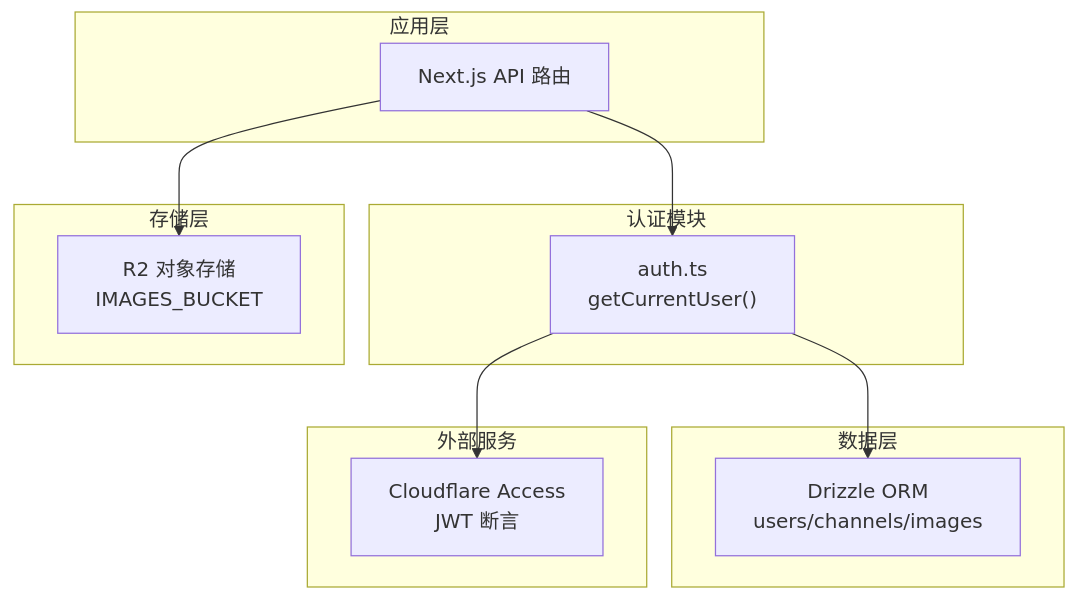
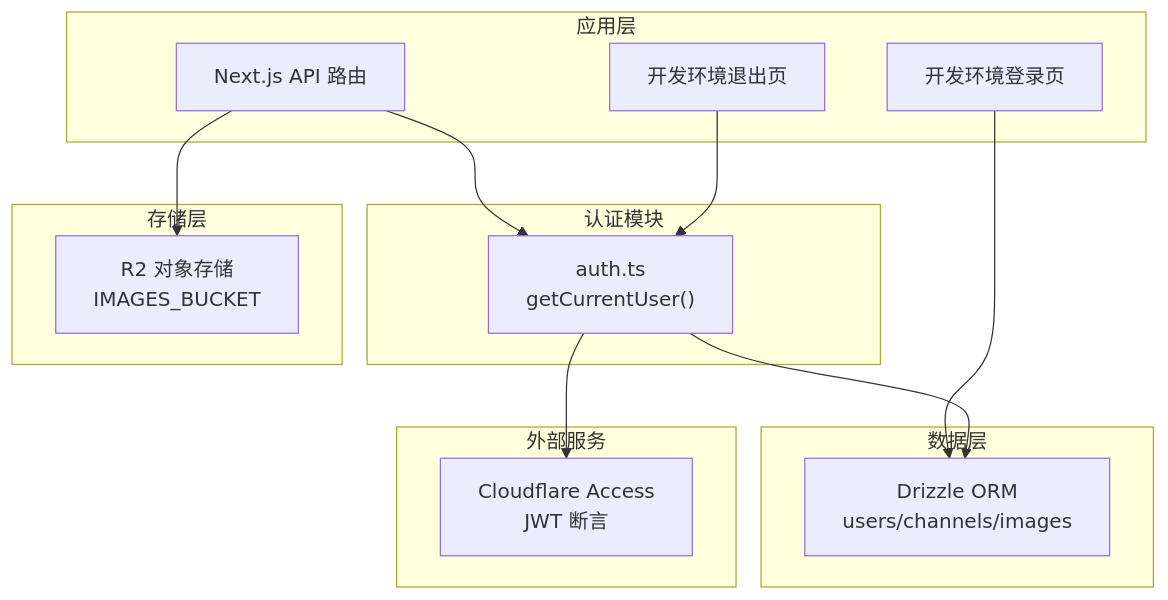
Before and after one commit to pnnh/weable: the first of 7 diagrams in .qoder/repowiki/zh/content/核心模块/认证系统.md, drawn with Mermaid. The commit also changed other lines of this file and 161 other files, not shown here.

````diff
--- a/.qoder/repowiki/zh/content/核心模块/认证系统.md
+++ b/.qoder/repowiki/zh/content/核心模块/认证系统.md
@@ -37,22 +49,26 @@
 ```mermaid
 graph TB
 subgraph "应用层"
 API["Next.js API 路由"]
+SignIn["开发环境登录页"]
+SignOut["开发环境退出页"]
 end
 subgraph "认证模块"
 Auth["auth.ts<br/>getCurrentUser()"]
 end
 subgraph "数据层"
 DB["Drizzle ORM<br/>users/channels/images"]
 end
 subgraph "存储层"
 R2["R2 对象存储<br/>IMAGES_BUCKET"]
 end
 subgraph "外部服务"
 CF["Cloudflare Access<br/>JWT 断言"]
 end
 API --> Auth
+SignIn --> DB
+SignOut --> Auth
 Auth --> DB
 API --> R2
 Auth --> CF
 ```
````
